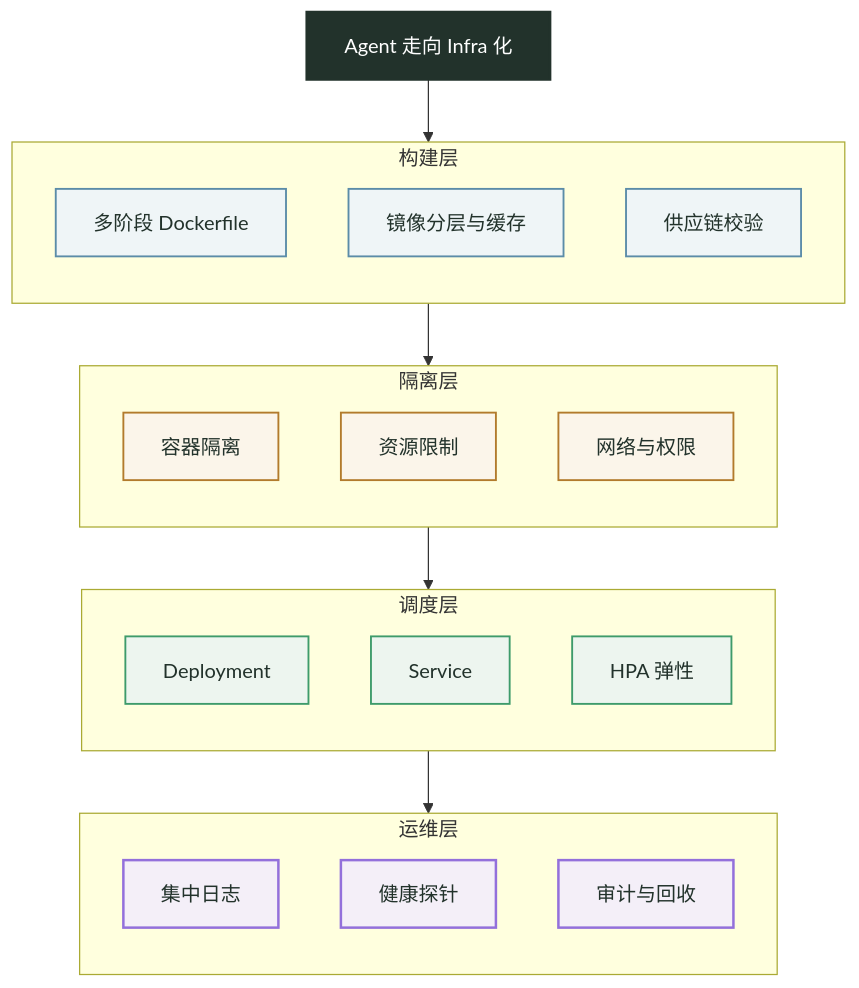
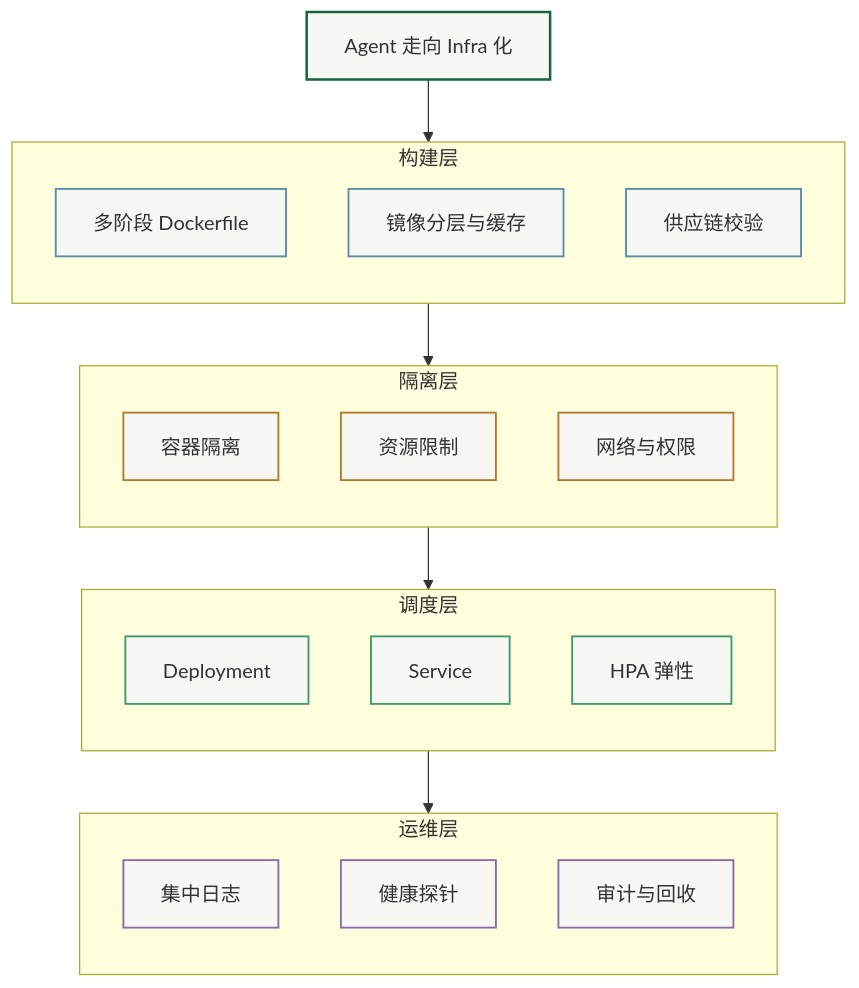
One commit to Fatejian/frontier-vault changed the fifth of 6 diagrams in docs/ai/agent-engineering-learning-path.md. Above: the diagram before and after it, drawn with Mermaid. The commit also changed other lines of this file and 65 other files, not shown here.

First line of the commit message:
fix(theme): unify mermaid chart palette and remove solid core fills

````diff
--- a/docs/ai/agent-engineering-learning-path.md
+++ b/docs/ai/agent-engineering-learning-path.md
@@ -552,49 +552,49 @@
 ```mermaid
 flowchart TB
     Core["Agent 走向 Infra 化"]
 
     subgraph Build["构建层"]
         direction TB
         B1["多阶段 Dockerfile"]
         B2["镜像分层与缓存"]
         B3["供应链校验"]
     end
 
     subgraph Isolate["隔离层"]
         direction TB
         IS1["容器隔离"]
         IS2["资源限制"]
         IS3["网络与权限"]
     end
 
     subgraph Schedule["调度层"]
         direction TB
         K1["Deployment"]
         K2["Service"]
         K3["HPA 弹性"]
     end
 
     subgraph Observe["运维层"]
         direction TB
         O1["集中日志"]
         O2["健康探针"]
         O3["审计与回收"]
     end
 
     Core --> Build
     Build --> Isolate
     Isolate --> Schedule
     Schedule --> Observe
 
-    classDef core fill:#22322B,color:#fff,stroke:#22322B,stroke-width:2px;
-    classDef wait fill:#EFF5F7,stroke:#5B8CA8,color:#22322B,stroke-width:1.5px;
-    classDef block fill:#FBF5EA,stroke:#B27B2C,color:#22322B,stroke-width:1.5px;
-    classDef work fill:#EDF5EF,stroke:#3E9B6B,color:#22322B,stroke-width:1.5px;
-    classDef metric fill:#F4EFF8,color:#8E6BA8,color:#22322B,stroke-width:2px;
+    classDef core fill:#F7F7F3,stroke:#176540,stroke-width:2px;
+    classDef wait fill:#F7F7F3,stroke:#5B8CA8,stroke-width:1.5px;
+    classDef block fill:#F7F7F3,stroke:#B27B2C,stroke-width:1.5px;
+    classDef work fill:#F7F7F3,stroke:#3E9B6B,stroke-width:1.5px;
+    classDef metric fill:#F7F7F3,stroke:#8E6BA8,stroke-width:1.5px;
 
     class Core core;
     class B1,B2,B3 wait;
     class IS1,IS2,IS3 block;
     class K1,K2,K3 work;
     class O1,O2,O3 metric;
 ```
````
